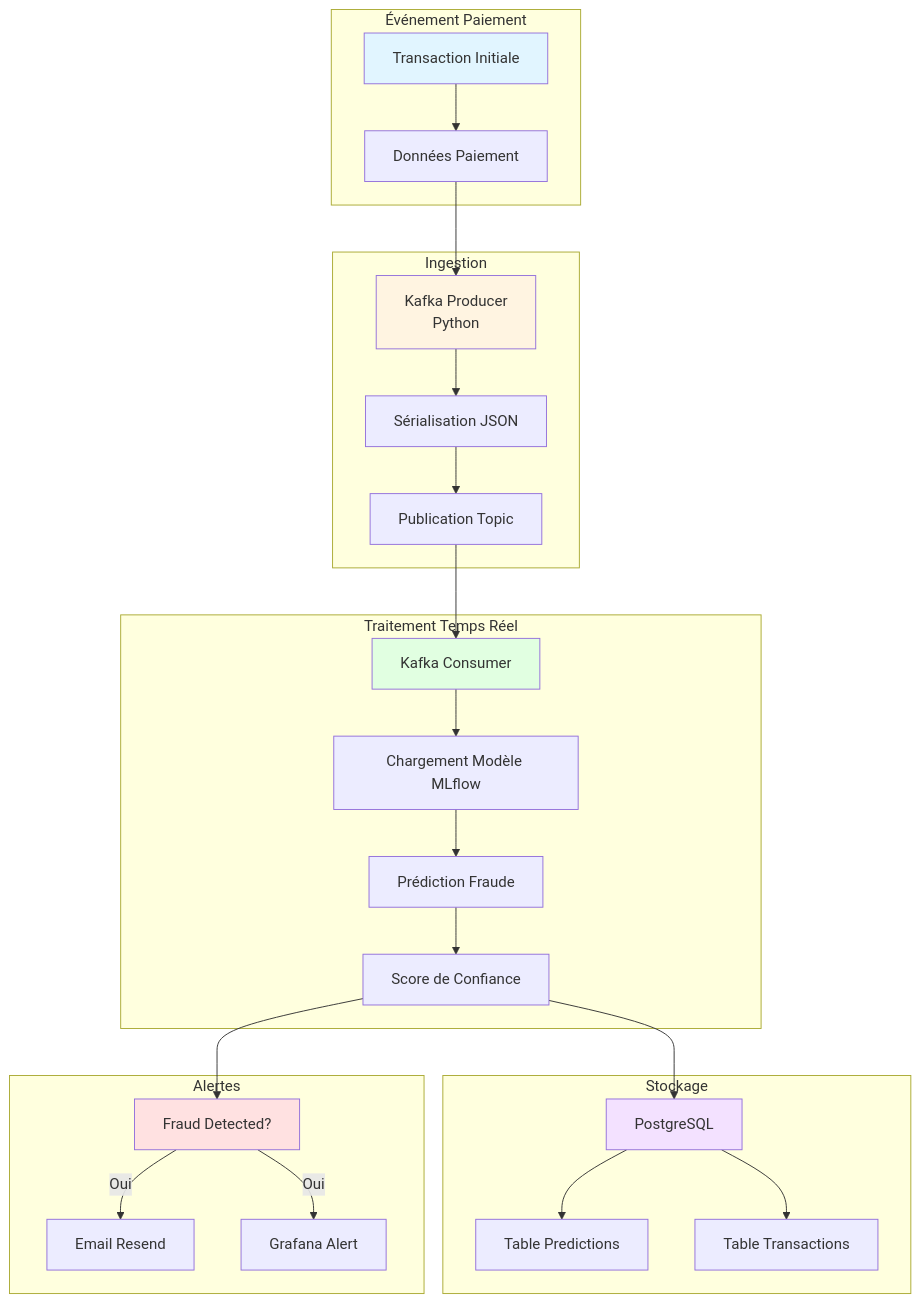
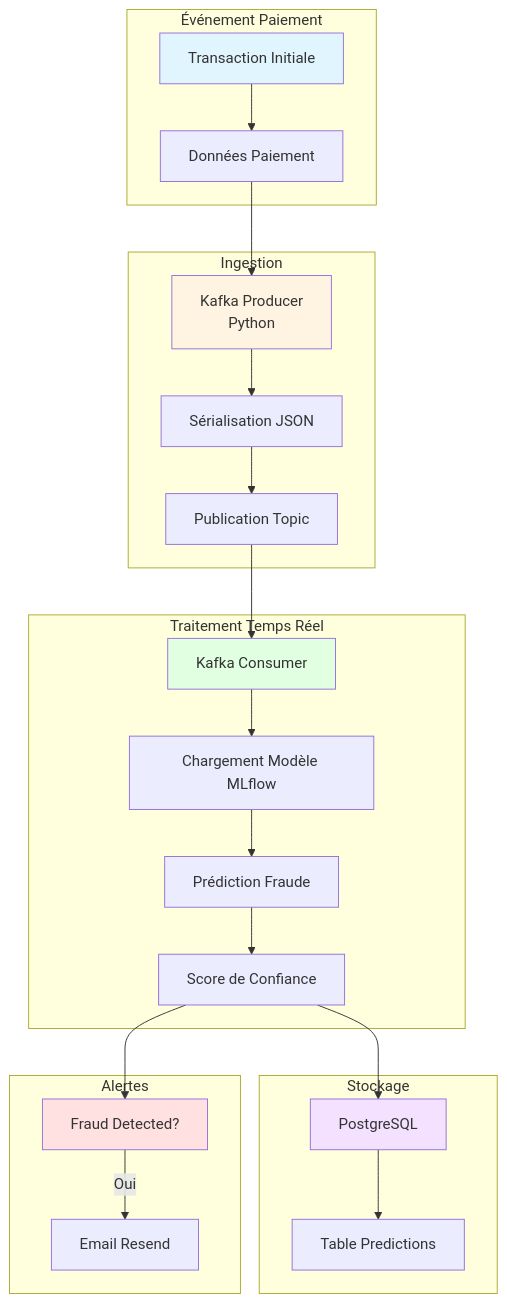
The second of 5 diagrams in Services/docsify/docs/index.md (jefraudai/jefraudai), drawn with Mermaid before and after one commit. The commit also changed other lines of this file and 6 other files, not shown here.

````diff
--- a/Services/docsify/docs/index.md
+++ b/Services/docsify/docs/index.md
@@ -57,53 +57,49 @@
 ```mermaid
 graph TD
     subgraph "Événement Paiement"
         E1[Transaction Initiale]
         E2[Données Paiement]
     end
     
     subgraph "Ingestion"
         I1[Kafka Producer<br/>Python]
         I2[Sérialisation JSON]
         I3[Publication Topic]
     end
     
     subgraph "Traitement Temps Réel"
         T1[Kafka Consumer]
         T2[Chargement Modèle MLflow]
         T3[Prédiction Fraude]
         T4[Score de Confiance]
     end
     
     subgraph "Stockage"
         S1[PostgreSQL]
         S2[Table Predictions]
-        S3[Table Transactions]
     end
     
     subgraph "Alertes"
         A1[Fraud Detected?]
         A2[Email Resend]
-        A3[Grafana Alert]
     end
     
     E1 --> E2
     E2 --> I1
     I1 --> I2
     I2 --> I3
     I3 --> T1
     T1 --> T2
     T2 --> T3
     T3 --> T4
     T4 --> S1
     S1 --> S2
-    S1 --> S3
     T4 --> A1
     A1 -->|Oui| A2
-    A1 -->|Oui| A3
     
     style E1 fill:#e1f5ff
     style I1 fill:#fff4e1
     style T1 fill:#e1ffe1
     style S1 fill:#f3e1ff
     style A1 fill:#ffe1e1
 ```
````
